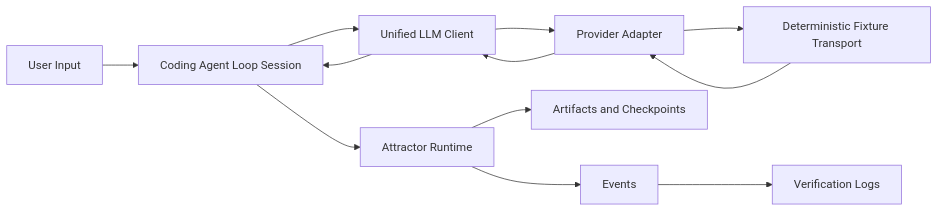
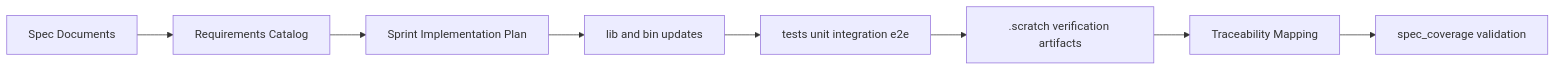
The fourth of 5 diagrams in docs/sprints/SPRINT-003-implementation-plan.md (jaytaylor/attractor-tcl), drawn with Mermaid before and after one commit. The commit also changed other lines of this file, not shown here.

Commit message:
docs: mark sprint 003 implementation plan fully executed

````diff
--- a/docs/sprints/SPRINT-003-implementation-plan.md
+++ b/docs/sprints/SPRINT-003-implementation-plan.md
@@ -839,14 +969,10 @@
 ```mermaid
 flowchart LR
-  U[User Input] --> CAL[Coding Agent Loop Session]
-  CAL --> ULLM[Unified LLM Client]
-  ULLM --> ADP[Provider Adapter]
-  ADP --> FX[Deterministic Fixture Transport]
-  FX --> ADP
-  ADP --> ULLM
-  ULLM --> CAL
-  CAL --> ATR[Attractor Runtime]
-  ATR --> ART[Artifacts and Checkpoints]
-  ATR --> EVT[Events]
-  EVT --> OBS[Verification Logs]
+  SPEC[Spec Documents] --> CATALOG[Requirements Catalog]
+  CATALOG --> PLAN[Sprint Implementation Plan]
+  PLAN --> CODE[lib and bin updates]
+  CODE --> TESTS[tests unit integration e2e]
+  TESTS --> EVIDENCE[.scratch verification artifacts]
+  EVIDENCE --> TRACE[Traceability Mapping]
+  TRACE --> COVERAGE[spec_coverage validation]
 ```
````
